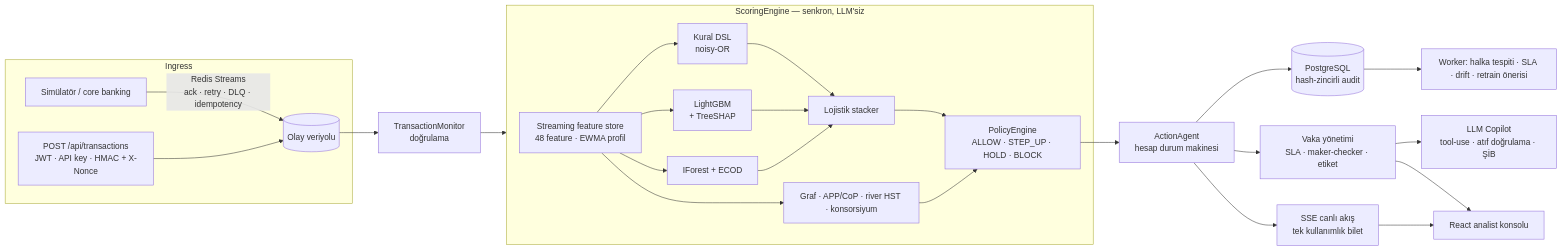
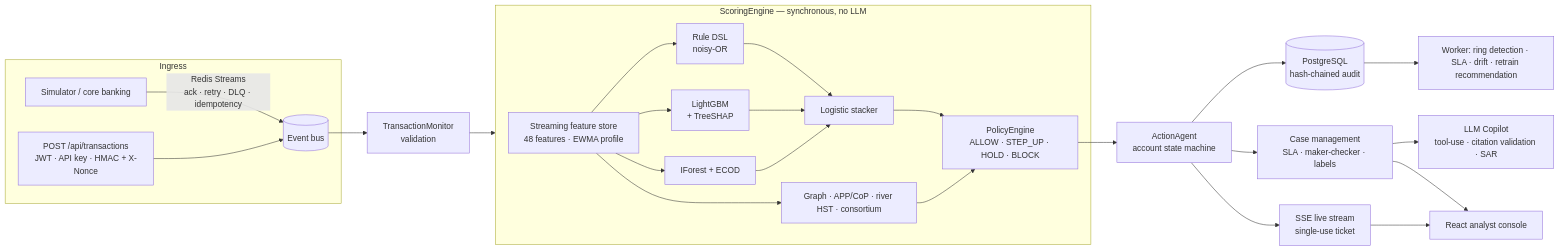
One commit to tunadeniz1304/fraud-aml-platform changed the diagram in README.md. Above: the diagram before and after it, drawn with Mermaid. The commit also changed other lines of this file and 1 other file, not shown here.

````diff
--- a/README.md
+++ b/README.md
@@ -28,24 +28,24 @@
 ```mermaid
 flowchart LR
   subgraph Ingress
-    SIM[Simülatör / core banking] -->|Redis Streams<br/>ack · retry · DLQ · idempotency| BUS
+    SIM[Simulator / core banking] -->|Redis Streams<br/>ack · retry · DLQ · idempotency| BUS
     API[POST /api/transactions<br/>JWT · API key · HMAC + X-Nonce] --> BUS
   end
-  BUS[(Olay veriyolu)] --> MON[TransactionMonitor<br/>doğrulama]
+  BUS[(Event bus)] --> MON[TransactionMonitor<br/>validation]
   MON --> ENG
-  subgraph ENG[ScoringEngine — senkron, LLM'siz]
-    FS[Streaming feature store<br/>48 feature · EWMA profil] --> R[Kural DSL<br/>noisy-OR]
+  subgraph ENG[ScoringEngine — synchronous, no LLM]
+    FS[Streaming feature store<br/>48 features · EWMA profile] --> R[Rule DSL<br/>noisy-OR]
     FS --> ML[LightGBM<br/>+ TreeSHAP]
     FS --> AN[IForest + ECOD]
-    FS --> SIG[Graf · APP/CoP · river HST · konsorsiyum]
-    R & ML & AN --> ST[Lojistik stacker]
+    FS --> SIG[Graph · APP/CoP · river HST · consortium]
+    R & ML & AN --> ST[Logistic stacker]
     ST & SIG --> POL[PolicyEngine<br/>ALLOW · STEP_UP · HOLD · BLOCK]
   end
-  POL --> ACT[ActionAgent<br/>hesap durum makinesi]
-  ACT --> DB[(PostgreSQL<br/>hash-zincirli audit)]
-  ACT --> CASE[Vaka yönetimi<br/>SLA · maker-checker · etiket]
-  CASE --> COP[LLM Copilot<br/>tool-use · atıf doğrulama · ŞİB]
-  ACT --> LIVE[SSE canlı akış<br/>tek kullanımlık bilet] --> UI[React analist konsolu]
+  POL --> ACT[ActionAgent<br/>account state machine]
+  ACT --> DB[(PostgreSQL<br/>hash-chained audit)]
+  ACT --> CASE[Case management<br/>SLA · maker-checker · labels]
+  CASE --> COP[LLM Copilot<br/>tool-use · citation validation · SAR]
+  ACT --> LIVE[SSE live stream<br/>single-use ticket] --> UI[React analyst console]
   CASE --> UI
-  DB --> WK[Worker: halka tespiti · SLA · drift · retrain önerisi]
+  DB --> WK[Worker: ring detection · SLA · drift · retrain recommendation]
 ```
````
